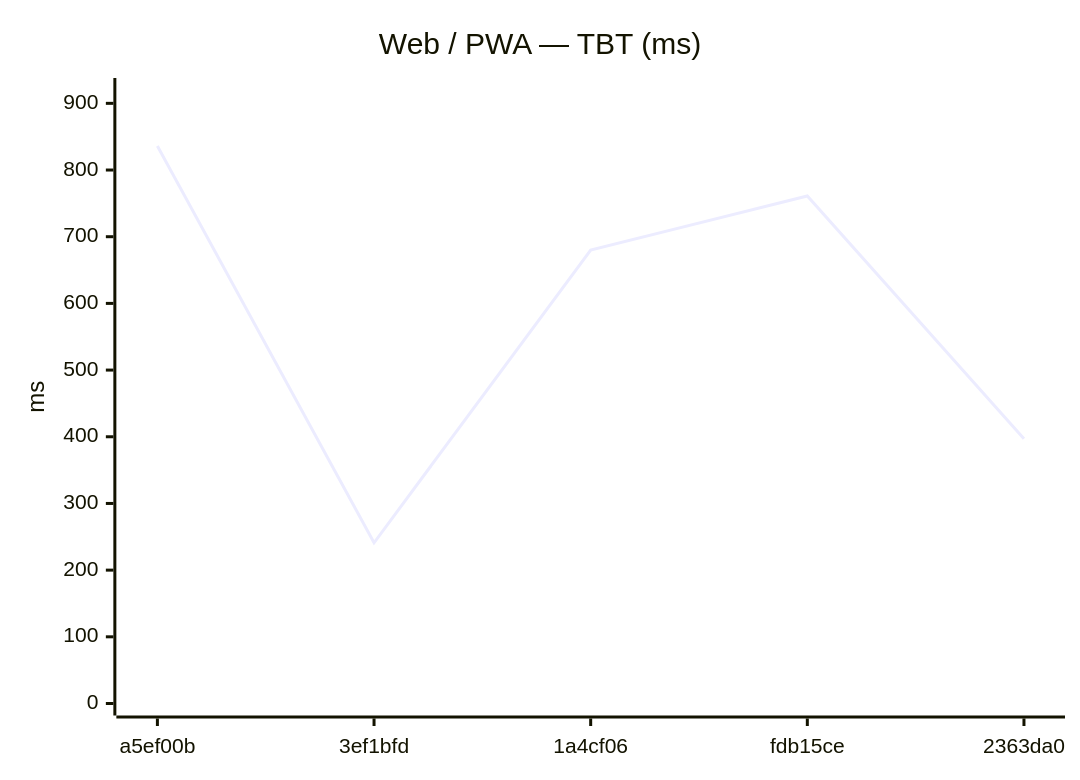
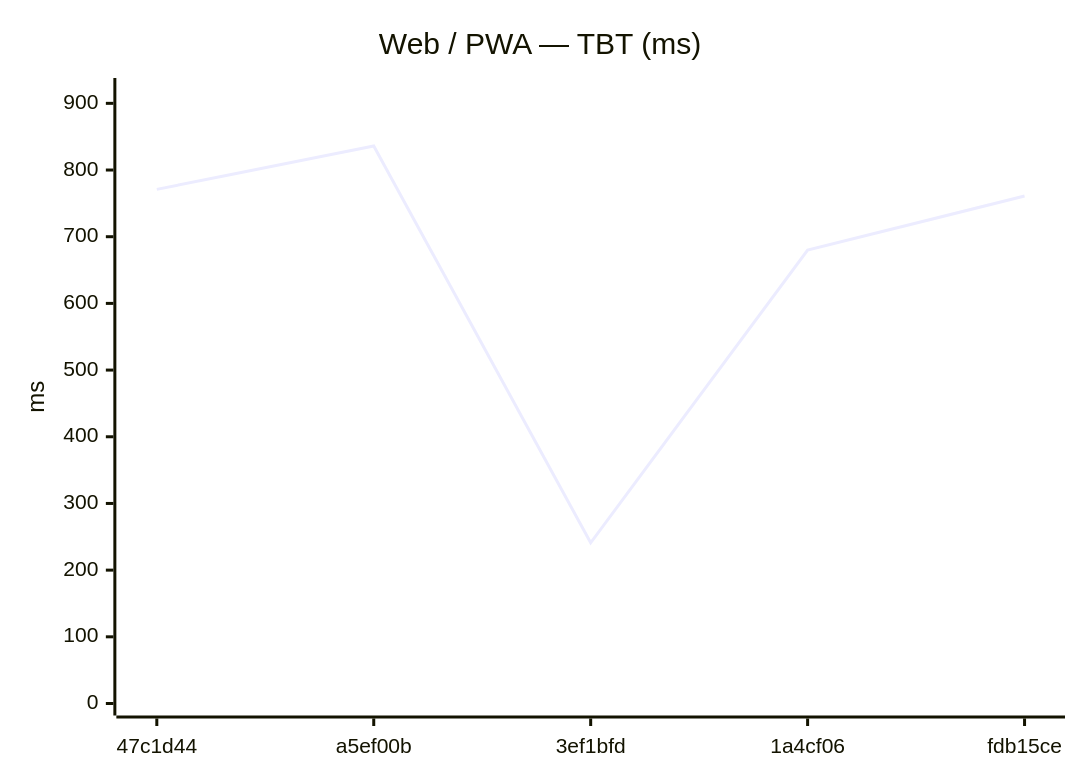
One commit to Metaheurist/Rianell changed the sixth of 12 diagrams in benchmarks/compare.md. Above: the diagram before and after it, drawn with Mermaid. The commit also changed other lines of this file and 8 other files, not shown here.

````diff
--- a/benchmarks/compare.md
+++ b/benchmarks/compare.md
@@ -89,7 +89,7 @@
 ```mermaid
 xychart-beta
     title "Web / PWA — TBT (ms)"
-    x-axis ["a5ef00b", "3ef1bfd", "1a4cf06", "fdb15ce", "2363da0"]
+    x-axis ["47c1d44", "a5ef00b", "3ef1bfd", "1a4cf06", "fdb15ce"]
     y-axis "ms" 0 --> 920
-    line [836, 241, 680, 761, 397]
+    line [771, 836, 241, 680, 761]
 ```
````
